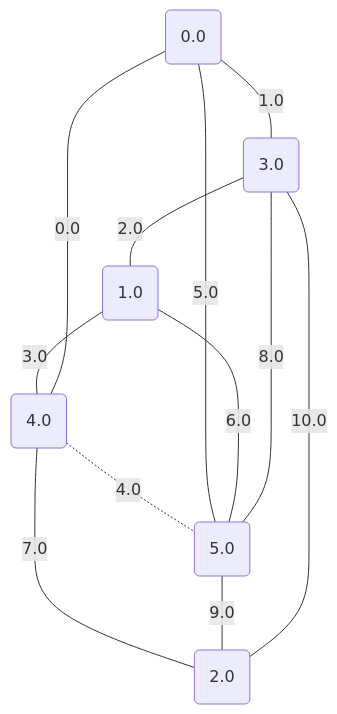
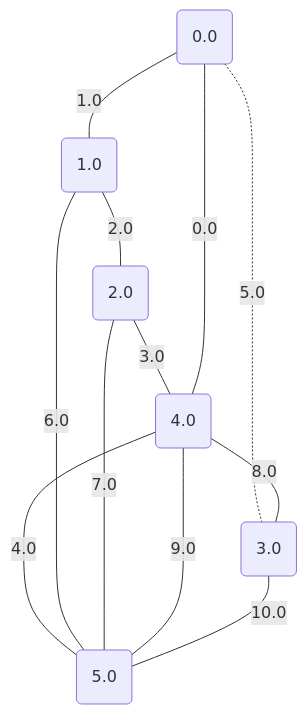
Before and after one commit to metury/graphs: the tenth of 17 diagrams in project/src/testing/minCutPetersen.md, drawn with Mermaid. The commit also changed other lines of this file and 2 other files, not shown here.

````diff
--- a/project/src/testing/minCutPetersen.md
+++ b/project/src/testing/minCutPetersen.md
@@ -268,20 +268,20 @@
 ```mermaid
 graph TD;
 0("0.0");
 1("1.0");
 2("2.0");
 3("3.0");
 4("4.0");
 5("5.0");
 	4 -- "0.0" --- 0;
-	0 -- "1.0" --- 3;
-	3 -- "2.0" --- 1;
-	1 -- "3.0" --- 4;
-	4 -. "4.0" -.- 5;
-	0 -- "5.0" --- 5;
+	0 -- "1.0" --- 1;
+	1 -- "2.0" --- 2;
+	2 -- "3.0" --- 4;
+	4 -- "4.0" --- 5;
+	0 -. "5.0" -.- 3;
 	1 -- "6.0" --- 5;
-	4 -- "7.0" --- 2;
-	5 -- "8.0" --- 3;
-	5 -- "9.0" --- 2;
-	3 -- "10.0" --- 2;
+	2 -- "7.0" --- 5;
+	4 -- "8.0" --- 3;
+	4 -- "9.0" --- 5;
+	3 -- "10.0" --- 5;
 ```
````
